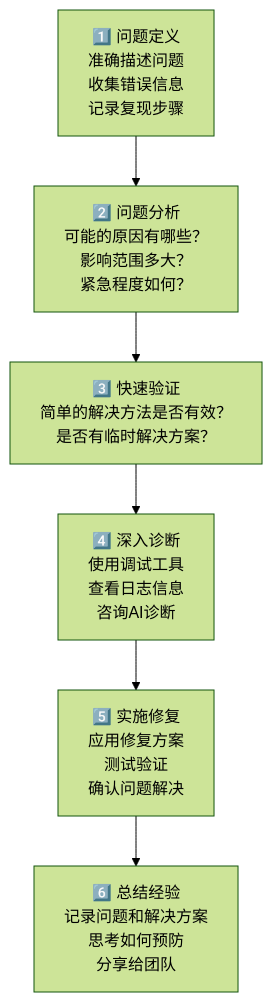
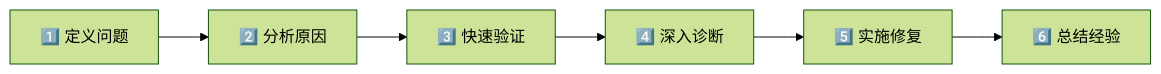
Before and after one commit to Leo-Wei105/vibe-coding-guide: the first of 2 diagrams in 17-故障排除指南.md, drawn with Mermaid (forest theme). The commit also changed other lines of this file and 9 other files, not shown here.

````diff
--- a/17-故障排除指南.md
+++ b/17-故障排除指南.md
@@ -26,11 +26,5 @@
 ```mermaid
-flowchart TD
-    A["1️⃣ 问题定义<br/>准确描述问题<br/>收集错误信息<br/>记录复现步骤"]
-    B["2️⃣ 问题分析<br/>可能的原因有哪些？<br/>影响范围多大？<br/>紧急程度如何？"]
-    C["3️⃣ 快速验证<br/>简单的解决方法是否有效？<br/>是否有临时解决方案？"]
-    D["4️⃣ 深入诊断<br/>使用调试工具<br/>查看日志信息<br/>咨询AI诊断"]
-    E["5️⃣ 实施修复<br/>应用修复方案<br/>测试验证<br/>确认问题解决"]
-    F["6️⃣ 总结经验<br/>记录问题和解决方案<br/>思考如何预防<br/>分享给团队"]
-    
-    A --> B --> C --> D --> E --> F
+flowchart LR
+    A[1️⃣ 定义问题] --> B[2️⃣ 分析原因] --> C[3️⃣ 快速验证]
+    C --> D[4️⃣ 深入诊断] --> E[5️⃣ 实施修复] --> F[6️⃣ 总结经验]
 ```
````
